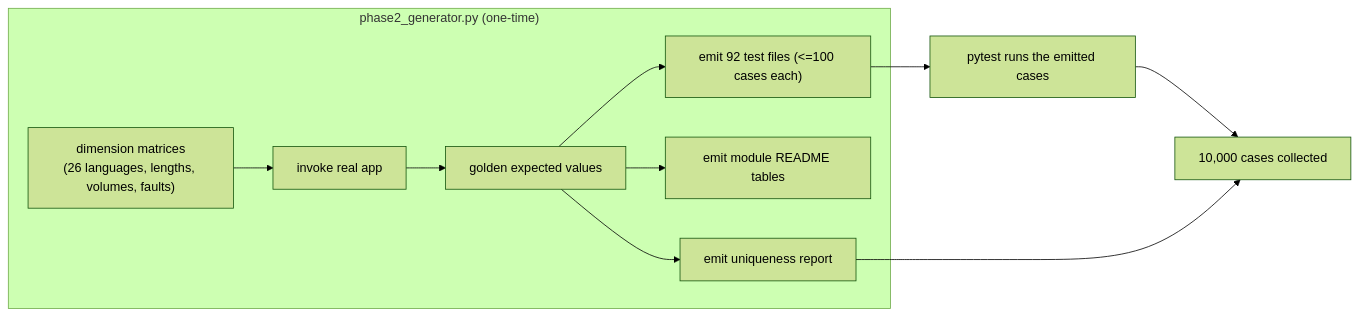
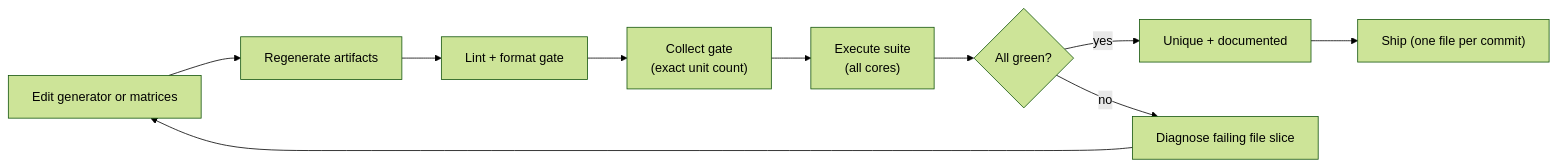
Before and after one commit to biszdevelopers/general-moderation: diagram 13 of 14 in docs/guide/testing.md, drawn with Mermaid (forest theme). The commit also changed other lines of this file, not shown here.

Commit message:
[TEST-DOCS] Expand testing architecture guide to textbook depth, number-free

````diff
--- a/docs/guide/testing.md
+++ b/docs/guide/testing.md
@@ -137,14 +519,12 @@
 ```mermaid
 flowchart LR
-    subgraph Gen["phase2_generator.py (one-time)"]
-        M["dimension matrices<br/>(26 languages, lengths, volumes, faults)"]
-        M --> R["invoke real app"]
-        R --> G["golden expected values"]
-        G --> F["emit 92 test files (<=100 cases each)"]
-        G --> D["emit module README tables"]
-        G --> U["emit uniqueness report"]
-    end
-    F --> PT["pytest runs the emitted cases"]
-    PT --> V["10,000 cases collected"]
-    U --> V
+    A["Edit generator or matrices"] --> B["Regenerate artifacts"]
+    B --> C["Lint + format gate"]
+    C --> D["Collect gate<br/>(exact unit count)"]
+    D --> E["Execute suite<br/>(all cores)"]
+    E --> F{"All green?"}
+    F -- yes --> G["Unique + documented"]
+    F -- no --> H["Diagnose failing file slice"]
+    H --> A
+    G --> I["Ship (one file per commit)"]
 ```
````
